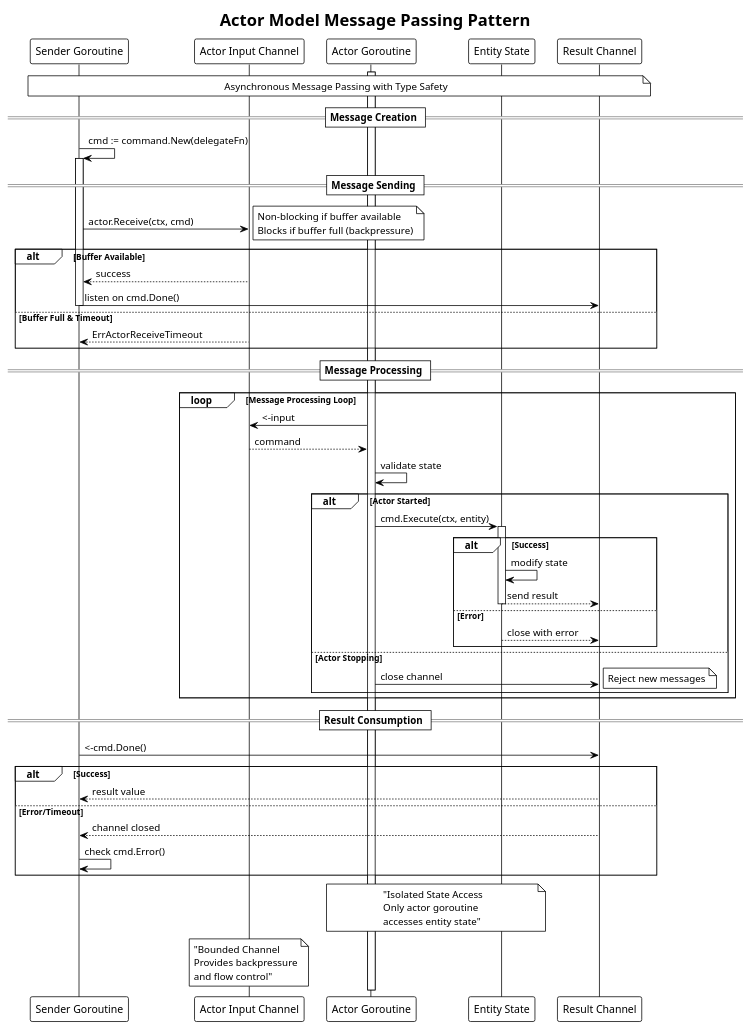
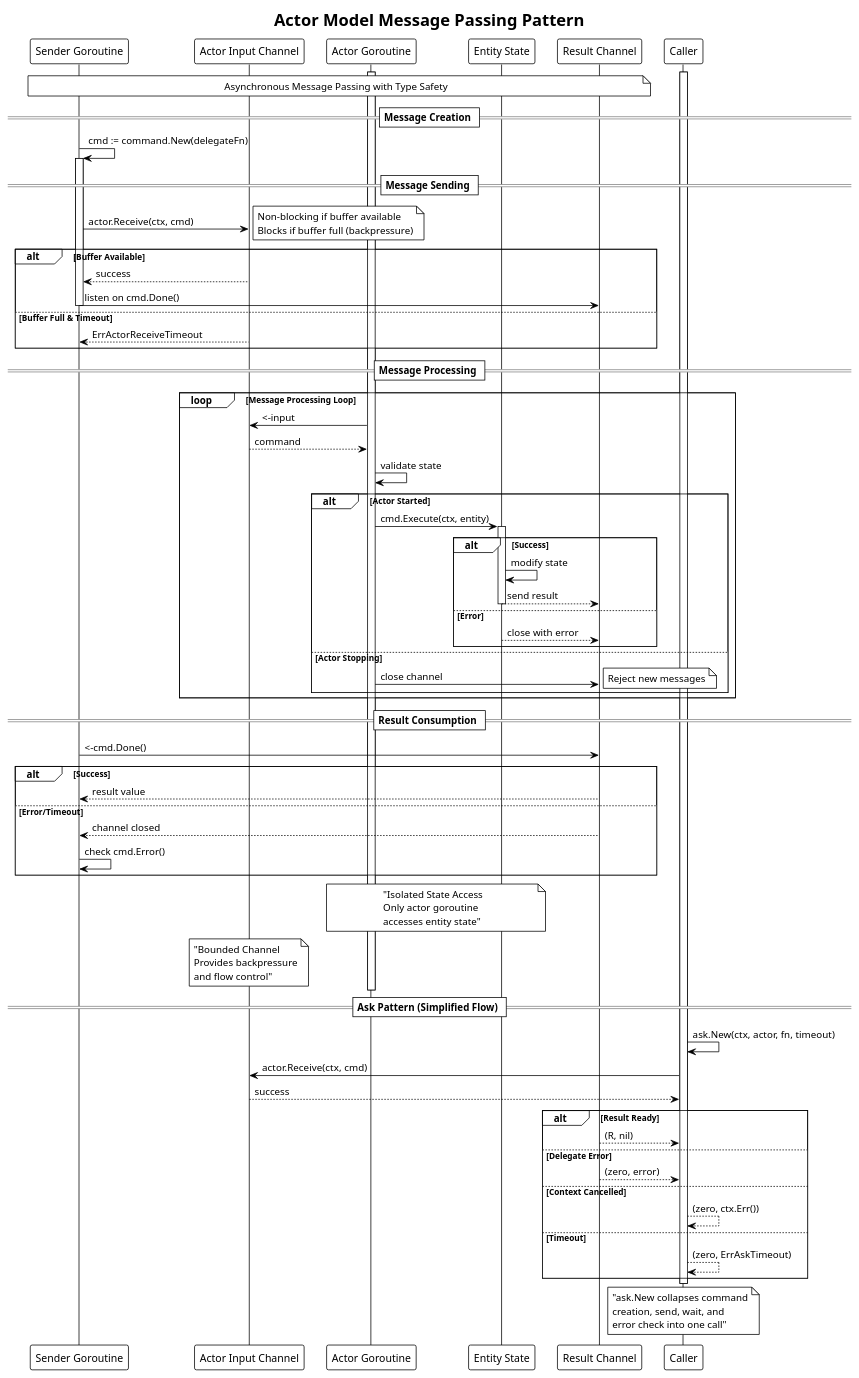
One commit to barnowlsnest/go-actorlib changed the diagram in docs/message-passing.puml. Above: the diagram before and after it, drawn with PlantUML. The commit also changed 7 other files, not shown here.

Commit message:
feat: add ask pattern (#20)

```diff
--- a/docs/message-passing.puml
+++ b/docs/message-passing.puml
@@ -1,76 +1,98 @@
 @startuml message-passing
 !theme plain
 skinparam backgroundColor #FFFFFF
 
 title Actor Model Message Passing Pattern
 
 participant "Sender Goroutine" as sender
 participant "Actor Input Channel" as channel
 participant "Actor Goroutine" as actor
 participant "Entity State" as entity
 participant "Result Channel" as result
 
 note over sender, result : Asynchronous Message Passing with Type Safety
 
 == Message Creation ==
 sender -> sender : cmd := command.New(delegateFn)
 activate sender
 
 == Message Sending ==
 sender -> channel : actor.Receive(ctx, cmd)
 note right : Non-blocking if buffer available\nBlocks if buffer full (backpressure)
 
 alt Buffer Available
   channel --> sender : success
   sender -> result : listen on cmd.Done()
   deactivate sender
 else Buffer Full & Timeout
   channel --> sender : ErrActorReceiveTimeout
   deactivate sender
 end
 
 == Message Processing ==
 activate actor
 loop Message Processing Loop
   actor -> channel : <-input
   channel --> actor : command
   
   actor -> actor : validate state
   
   alt Actor Started
     actor -> entity : cmd.Execute(ctx, entity)
     activate entity
     
     alt Success
       entity -> entity : modify state
       entity --> result : send result
       deactivate entity
     else Error
       entity --> result : close with error
       deactivate entity
     end
     
   else Actor Stopping
     actor -> result : close channel
     note right : Reject new messages
   end
 end
 
 == Result Consumption ==
 activate sender
 sender -> result : <-cmd.Done()
 alt Success
   result --> sender : result value
 else Error/Timeout
   result --> sender : channel closed
   sender -> sender : check cmd.Error()
 end
 deactivate sender
 
 note over actor, entity : "Isolated State Access\nOnly actor goroutine\naccesses entity state"
 
 note over channel : "Bounded Channel\nProvides backpressure\nand flow control"
 
 deactivate actor
 
+== Ask Pattern (Simplified Flow) ==
+
+participant "Caller" as caller
+
+activate caller
+caller -> caller : ask.New(ctx, actor, fn, timeout)
+caller -> channel : actor.Receive(ctx, cmd)
+channel --> caller : success
+
+alt Result Ready
+  result --> caller : (R, nil)
+else Delegate Error
+  result --> caller : (zero, error)
+else Context Cancelled
+  caller --> caller : (zero, ctx.Err())
+else Timeout
+  caller --> caller : (zero, ErrAskTimeout)
+end
+deactivate caller
+
+note over caller : "ask.New collapses command\ncreation, send, wait, and\nerror check into one call"
+
 @enduml
```
